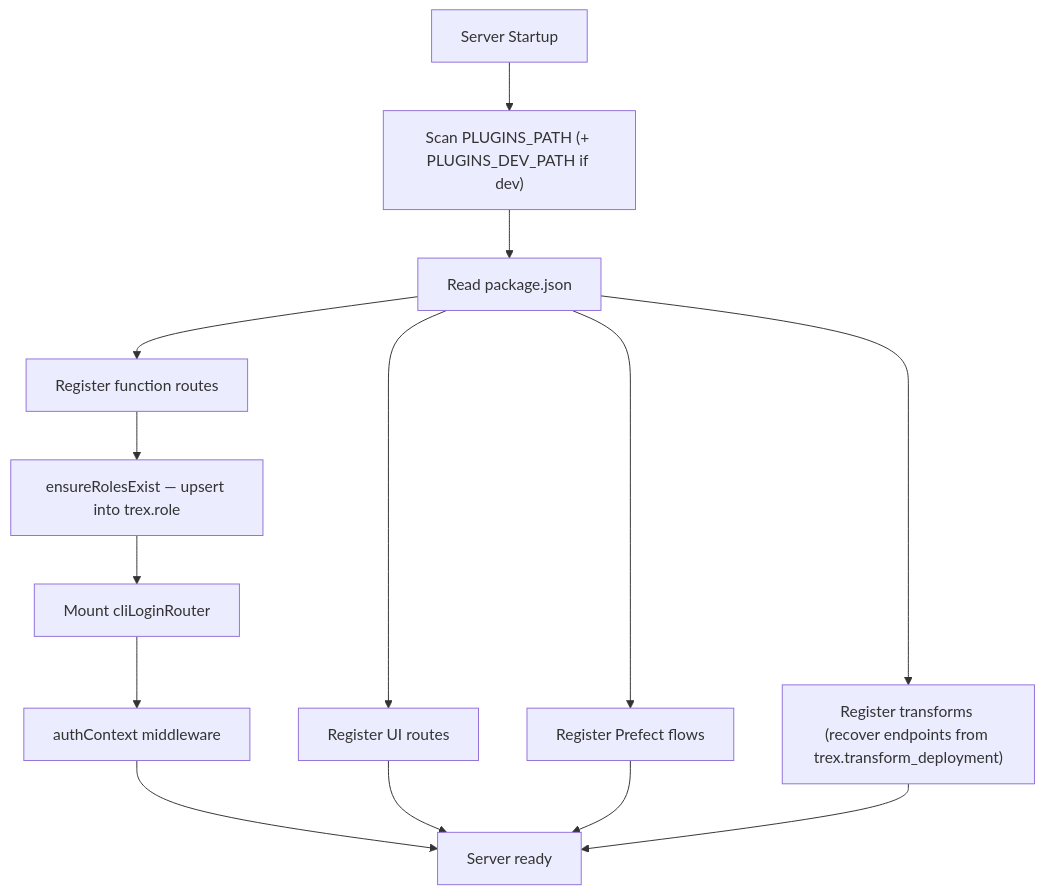
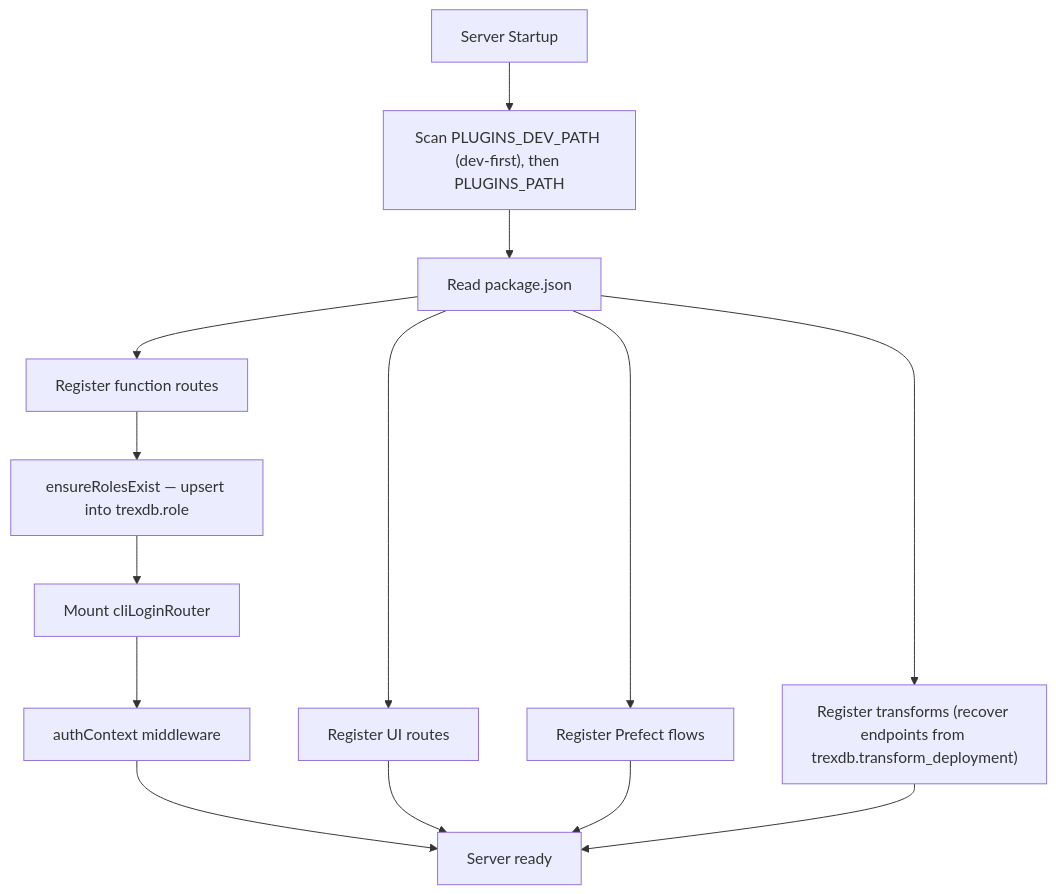
Before and after one commit to OHDSI/trex: the diagram in plugins/docs/docs/plugins/overview.md, drawn with Mermaid. The commit also changed other lines of this file and 41 other files, not shown here.

````diff
--- a/plugins/docs/docs/plugins/overview.md
+++ b/plugins/docs/docs/plugins/overview.md
@@ -22,16 +22,16 @@
 ```mermaid
 flowchart TD
-    Startup["Server Startup"] --> Scan["Scan PLUGINS_PATH (+ PLUGINS_DEV_PATH if dev)"]
+    Startup["Server Startup"] --> Scan["Scan PLUGINS_DEV_PATH (dev-first), then PLUGINS_PATH"]
     Scan --> ReadPkg["Read package.json"]
     ReadPkg --> RegFn["Register function routes"]
     ReadPkg --> RegUI["Register UI routes"]
     ReadPkg --> RegFlow["Register Prefect flows"]
-    ReadPkg --> RegTx["Register transforms (recover endpoints from trex.transform_deployment)"]
-    RegFn --> EnsureRoles["ensureRolesExist — upsert into trex.role"]
+    ReadPkg --> RegTx["Register transforms (recover endpoints from trexdb.transform_deployment)"]
+    RegFn --> EnsureRoles["ensureRolesExist — upsert into trexdb.role"]
     EnsureRoles --> CliLogin["Mount cliLoginRouter"]
     CliLogin --> AuthCtx["authContext middleware"]
     AuthCtx --> Ready["Server ready"]
     RegUI --> Ready
     RegFlow --> Ready
     RegTx --> Ready
 ```
````
